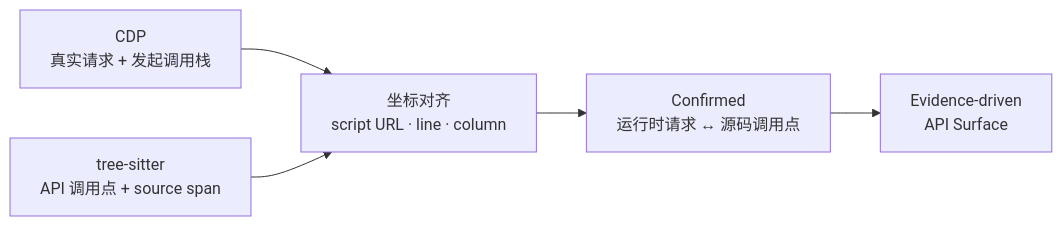
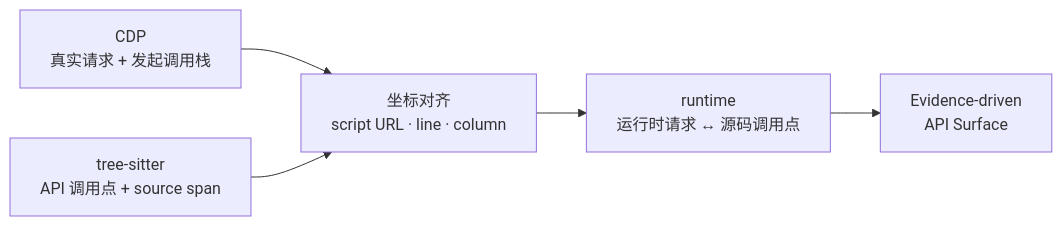
The diagram in README.md (pis10/TraceSurface), drawn with Mermaid before and after one commit. The commit also changed other lines of this file and 3 other files, not shown here.

````diff
--- a/README.md
+++ b/README.md
@@ -145,7 +145,7 @@
 ```mermaid
 flowchart LR
     A["CDP<br/>真实请求 + 发起调用栈"] --> C["坐标对齐<br/>script URL · line · column"]
     B["tree-sitter<br/>API 调用点 + source span"] --> C
-    C --> D["Confirmed<br/>运行时请求 ↔ 源码调用点"]
+    C --> D["runtime<br/>运行时请求 ↔ 源码调用点"]
     D --> E["Evidence-driven<br/>API Surface"]
 ```
````
